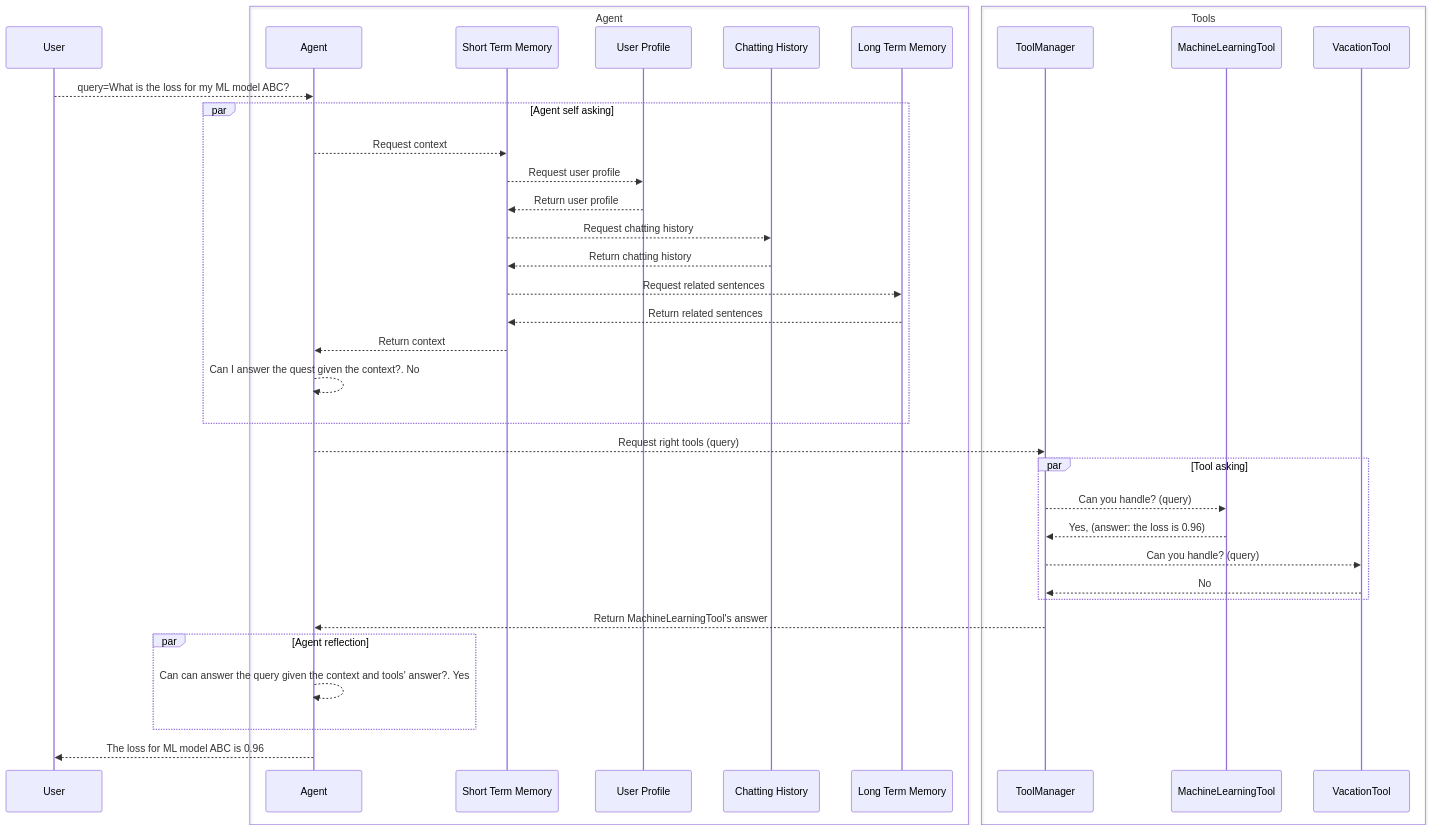
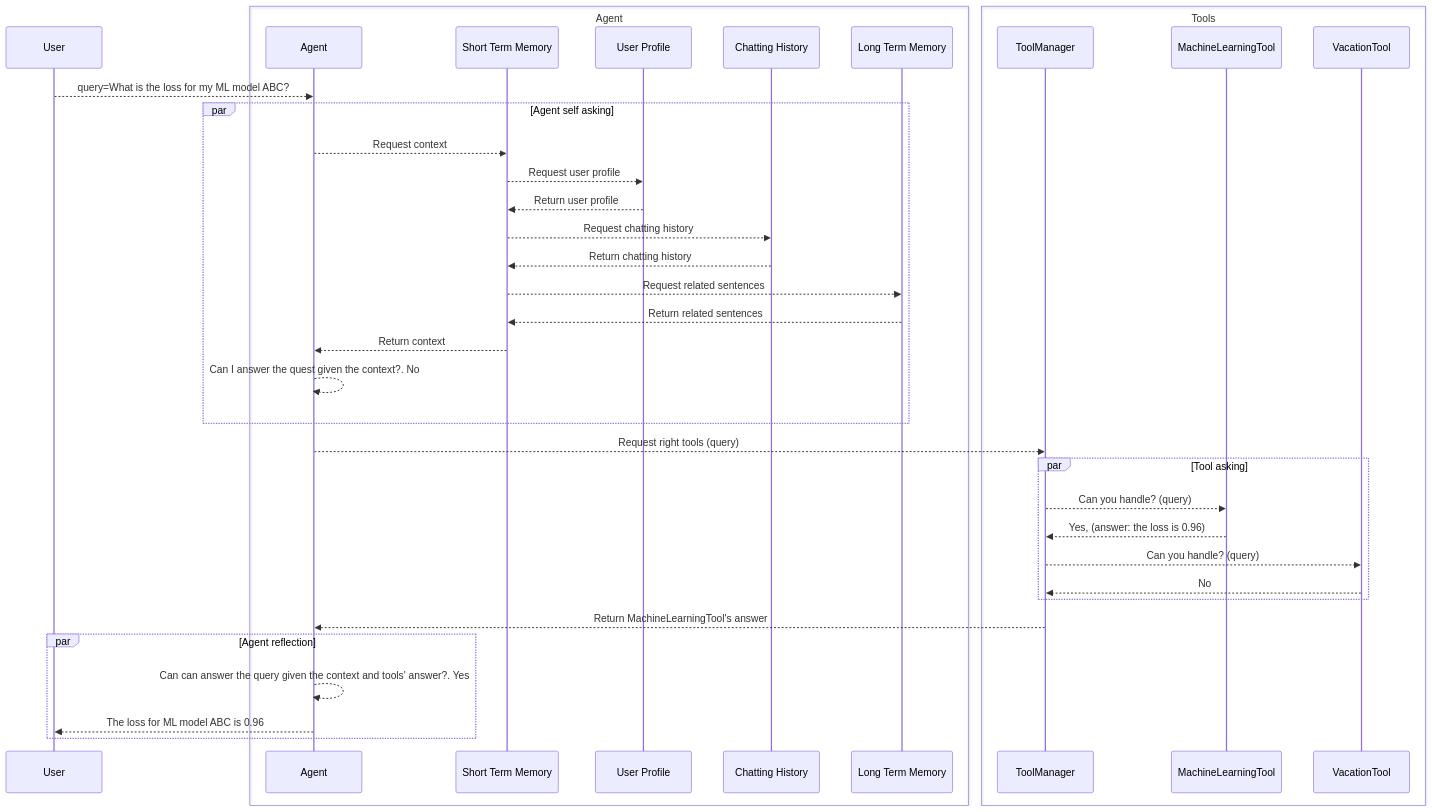
The second of 2 diagrams in README.md (haoyuan80s/langchan-play), drawn with Mermaid before and after one commit. The commit also changed other lines of this file, not shown here.

````diff
--- a/README.md
+++ b/README.md
@@ -37,40 +39,40 @@
 ```mermaid
 sequenceDiagram
     participant U as User
     box Agent
         participant A as Agent
         participant S as Short Term Memory
         participant P as User Profile
         participant H as Chatting History
         participant L as Long Term Memory
     end
     box Tools
         participant M as ToolManager
         participant ML as MachineLearningTool
         participant VA as VacationTool
     end
     U-->>A: query=What is the loss for my ML model ABC?
     par Agent self asking
         A-->>S: Request context
         S-->>P: Request user profile
         P-->>S: Return user profile
         S-->>H: Request chatting history
         H-->>S: Return chatting history
         S-->>L: Request related sentences
         L-->>S: Return related sentences
         S-->>A: Return context
         A-->>A: Can I answer the quest given the context?. No
     end
     A-->>M: Request right tools (query)
     par Tool asking
         M-->>ML: Can you handle? (query)
         ML-->>M: Yes, (answer: the loss is 0.96)
         M-->>VA: Can you handle? (query)
         VA-->>M: No
     end
     M-->>A: Return MachineLearningTool's answer
     par Agent reflection
         A-->>A: Can can answer the query given the context and tools' answer?. Yes
+        A-->>U: The loss for ML model ABC is 0.96
     end
-    A-->>U: The loss for ML model ABC is 0.96
 ```
````
